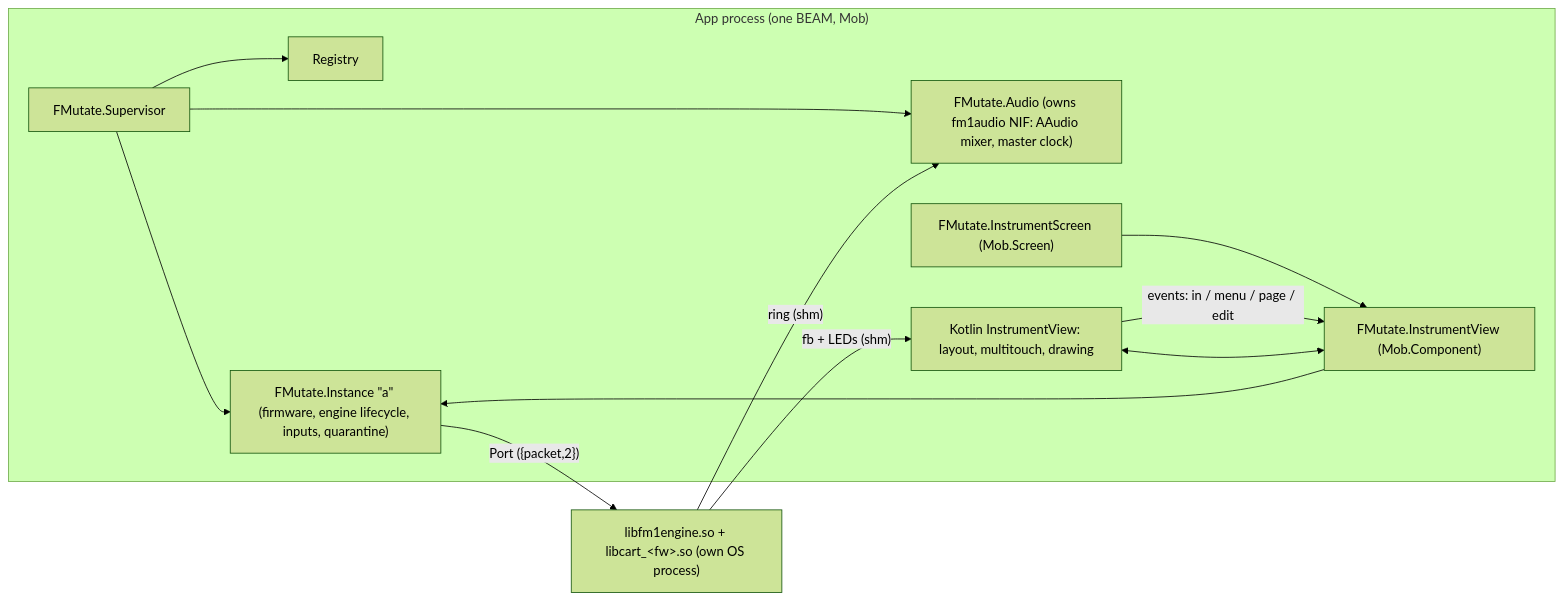
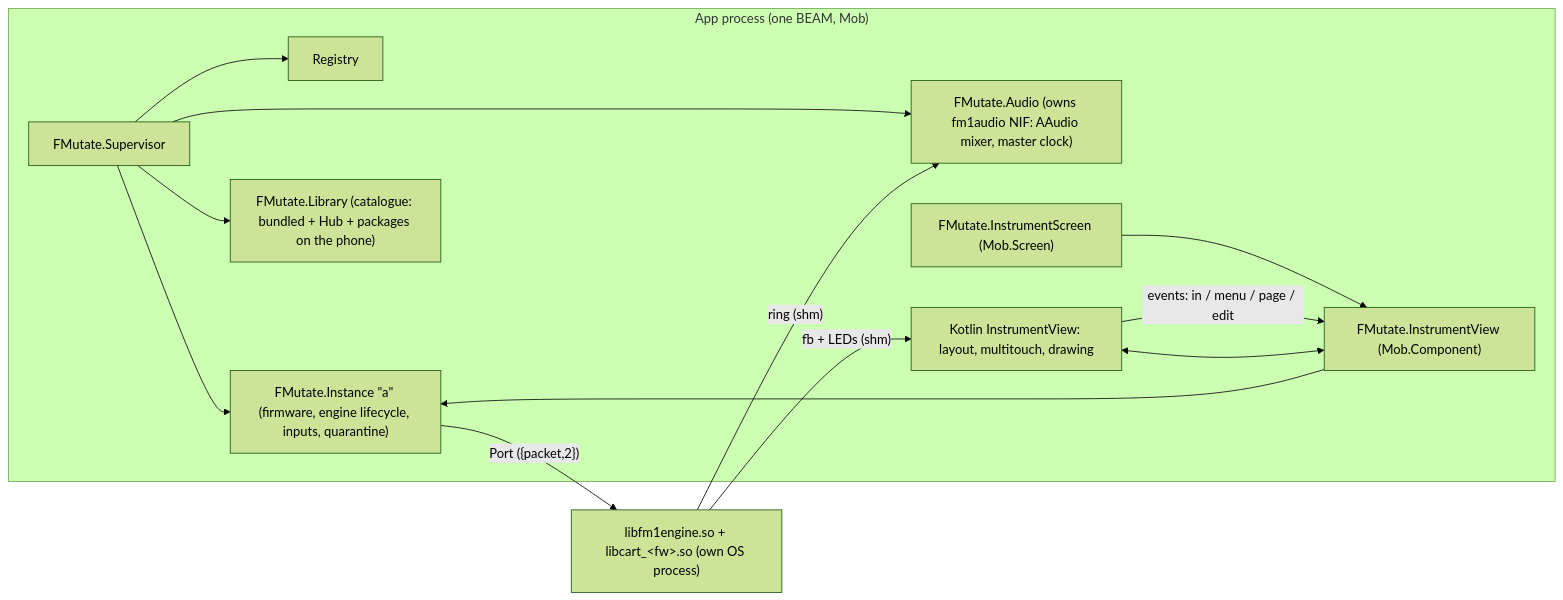
One commit to GenericJam/fmutate changed the diagram in docs/architecture.md. Above: the diagram before and after it, drawn with Mermaid (forest theme). The commit also changed other lines of this file and 9 other files, not shown here.

Commit message:
Library: catalogue of bundled cartridges, the FM-1 Firmware Hub and packages on the phone; download, import, delete, statuses

````diff
--- a/docs/architecture.md
+++ b/docs/architecture.md
@@ -9,14 +9,15 @@
 ```mermaid
 flowchart LR
   subgraph app["App process (one BEAM, Mob)"]
     SUP[FMutate.Supervisor] --> REG[Registry]
     SUP --> AUD["FMutate.Audio (owns fm1audio NIF: AAudio mixer, master clock)"]
     SUP --> INST["FMutate.Instance &quot;a&quot; (firmware, engine lifecycle, inputs, quarantine)"]
+    SUP --> LIB["FMutate.Library (catalogue: bundled + Hub + packages on the phone)"]
     SCR["FMutate.InstrumentScreen (Mob.Screen)"] --> VIEW["FMutate.InstrumentView (Mob.Component)"]
     VIEW <--> KT["Kotlin InstrumentView: layout, multitouch, drawing"]
   end
   INST -- "Port ({packet,2})" --> ENG["libfm1engine.so + libcart_&lt;fw&gt;.so (own OS process)"]
   ENG -- "ring (shm)" --> AUD
   ENG -- "fb + LEDs (shm)" --> KT
   KT -- "events: in / menu / page / edit" --> VIEW --> INST
 ```
````
